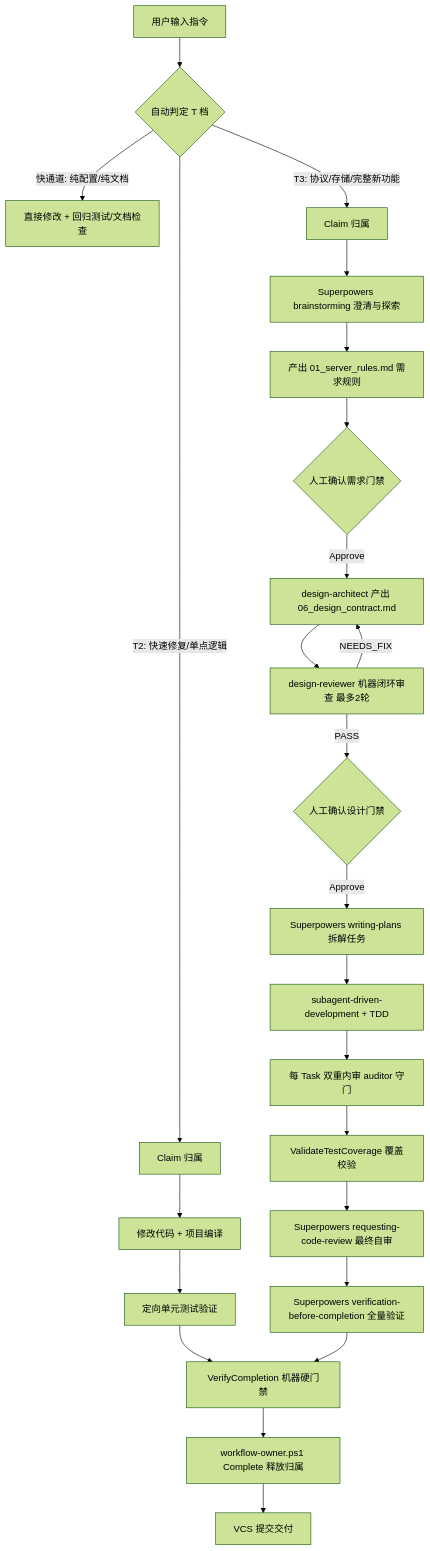
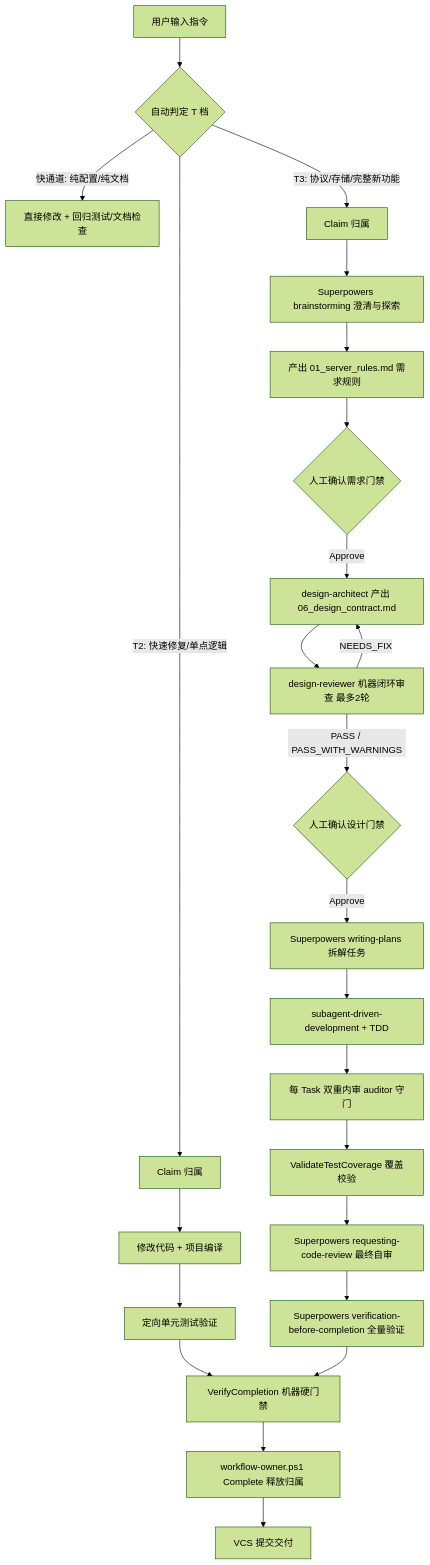
The diagram in SUPERPOWERS_MANUAL.md (jitawangzi/agent-sop), drawn with Mermaid (forest theme) before and after one commit. The commit also changed other lines of this file and 9 other files, not shown here.

Commit message:
fix(core): schema-compliant feature-state sync with Tier param, non-blocking T2 compile verification, doctor warning markers, and comprehensive tests

````diff
--- a/SUPERPOWERS_MANUAL.md
+++ b/SUPERPOWERS_MANUAL.md
@@ -29,30 +29,30 @@
 ```mermaid
 flowchart TD
     A[用户输入指令] --> B{自动判定 T 档}
     
     B -->|快通道: 纯配置/纯文档| C[直接修改 + 回归测试/文档检查]
     
     B -->|T2: 快速修复/单点逻辑| D[Claim 归属]
     D --> D1[修改代码 + 项目编译]
     D1 --> D2[定向单元测试验证]
     D2 --> S[VerifyCompletion 硬门禁检验]
     
     B -->|T3: 协议/存储/完整新功能| E[Claim 归属]
     E --> F[Superpowers brainstorming 澄清与探索]
     F --> G[产出 01_server_rules.md 需求规则]
     G --> H{人工确认需求门禁}
     H -->|Approve| I[design-architect 产出 06_design_contract.md]
     I --> J[design-reviewer 机器闭环审查 最多2轮]
-    J -->|PASS| K{人工确认设计门禁}
+    J -->|PASS / PASS_WITH_WARNINGS| K{人工确认设计门禁}
     J -->|NEEDS_FIX| I
     K -->|Approve| L[Superpowers writing-plans 拆解任务]
     L --> M[subagent-driven-development + TDD]
     M --> N[每 Task 双重内审 auditor 守门]
     N --> O[ValidateTestCoverage 覆盖校验]
     O --> P[Superpowers requesting-code-review 最终自审]
     P --> Q[Superpowers verification-before-completion 全量验证]
     Q --> S[VerifyCompletion 机器硬门禁]
     
     S --> T[workflow-owner.ps1 Complete 释放归属]
     T --> U[VCS 提交交付]
 ```
````
